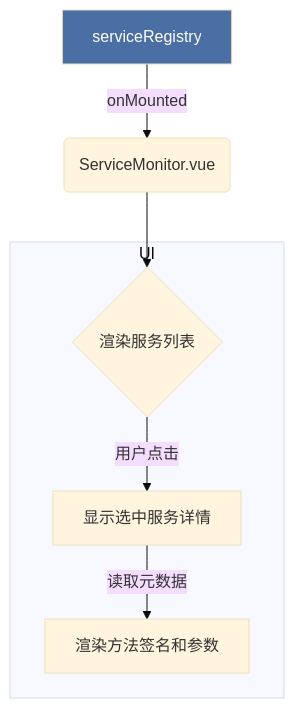
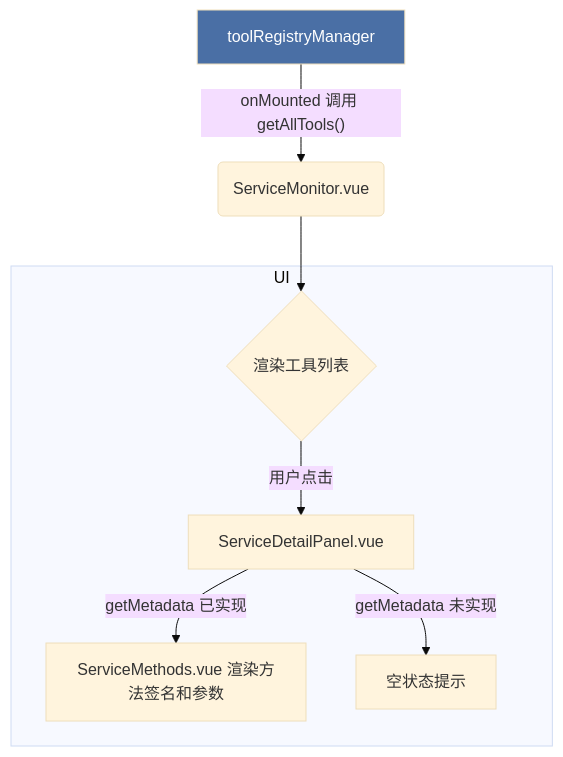
The diagram in src/tools/service-monitor/ARCHITECTURE.md (miaotouy/aio-hub), drawn with Mermaid (base theme) before and after one commit. The commit also changed other lines of this file and 28 other files, not shown here.

````diff
--- a/src/tools/service-monitor/ARCHITECTURE.md
+++ b/src/tools/service-monitor/ARCHITECTURE.md
@@ -24,11 +27,12 @@
 ```mermaid
 graph TD
-    A[serviceRegistry] -- onMounted --> B(ServiceMonitor.vue)
-    B --> C{渲染服务列表}
+    A[toolRegistryManager] -- onMounted 调用 getAllTools() --> B(ServiceMonitor.vue)
+    B --> C{渲染工具列表}
     subgraph "UI"
-        C -- 用户点击 --> D[显示选中服务详情]
-        D -- 读取元数据 --> E[渲染方法签名和参数]
+        C -- 用户点击 --> D[ServiceDetailPanel.vue]
+        D -- getMetadata 已实现 --> E[ServiceMethods.vue 渲染方法签名和参数]
+        D -- getMetadata 未实现 --> F[空状态提示]
     end
 
     style A fill:#4a6fa5,color:#fff
 ```
````
